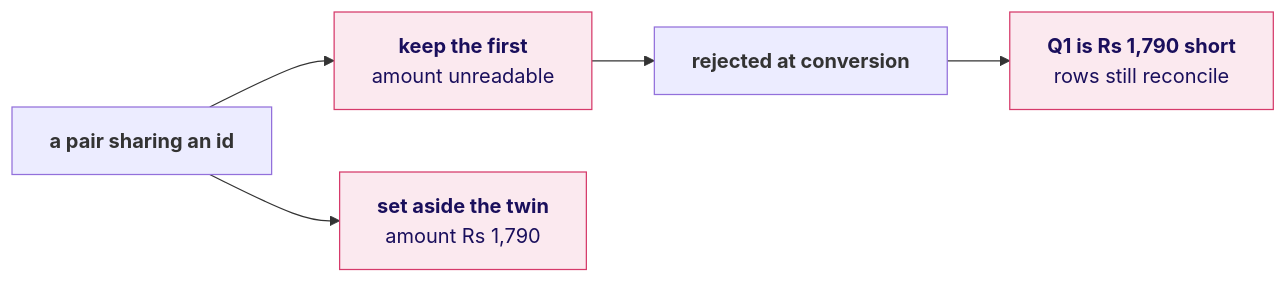
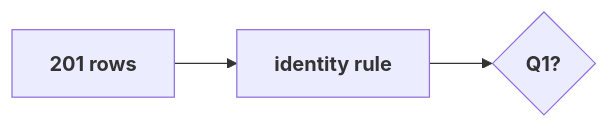
Before and after one commit to fde-academy-lab/c2-content-factory: diagram 12 of 19 in content/W01/D3/slides/C2_W01_D03_half1_STUDENT.md, drawn with Mermaid. The commit also changed other lines of this file and 10 other files, not shown here.

````diff
--- a/content/W01/D3/slides/C2_W01_D03_half1_STUDENT.md
+++ b/content/W01/D3/slides/C2_W01_D03_half1_STUDENT.md
@@ -760,9 +642,4 @@
 ```mermaid
 flowchart LR
-    P["<b>a pair sharing an id</b>"] --> F["<b>keep the first</b><br/>amount unreadable"]
-    P --> T["<b>set aside the twin</b><br/>amount Rs 1,790"]
-    F --> R["<b>rejected at conversion</b>"]
-    R --> G["<b>Q1 is Rs 1,790 short</b><br/>rows still reconcile"]
-    classDef bad fill:#FBE9EF,stroke:#D63A6A,color:#1A0F5C
-    class F,T,G bad
+    R["<b>201 rows</b>"] --> K["<b>identity rule</b>"] --> Q{"<b>Q1?</b>"}
 ```
````
